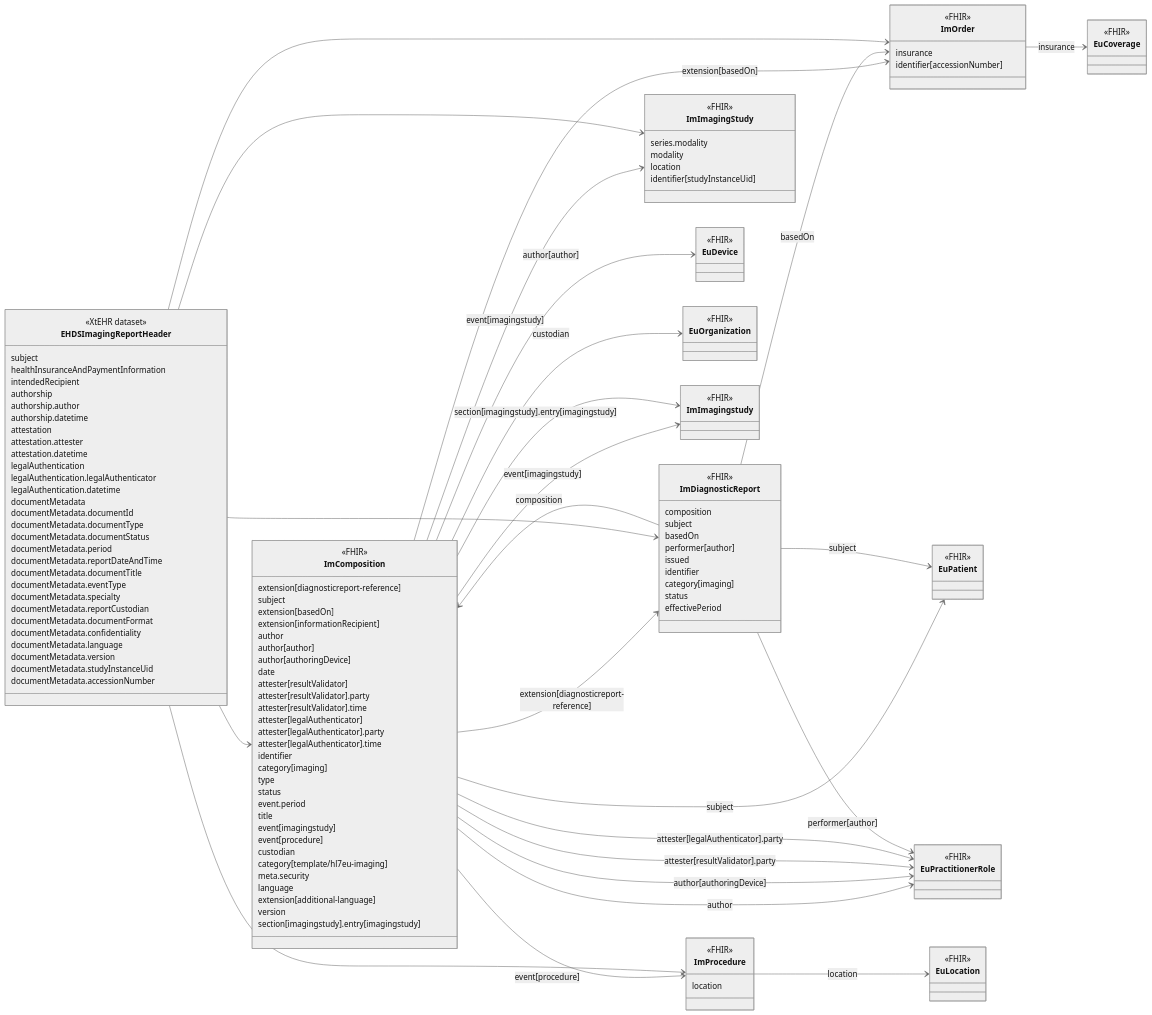
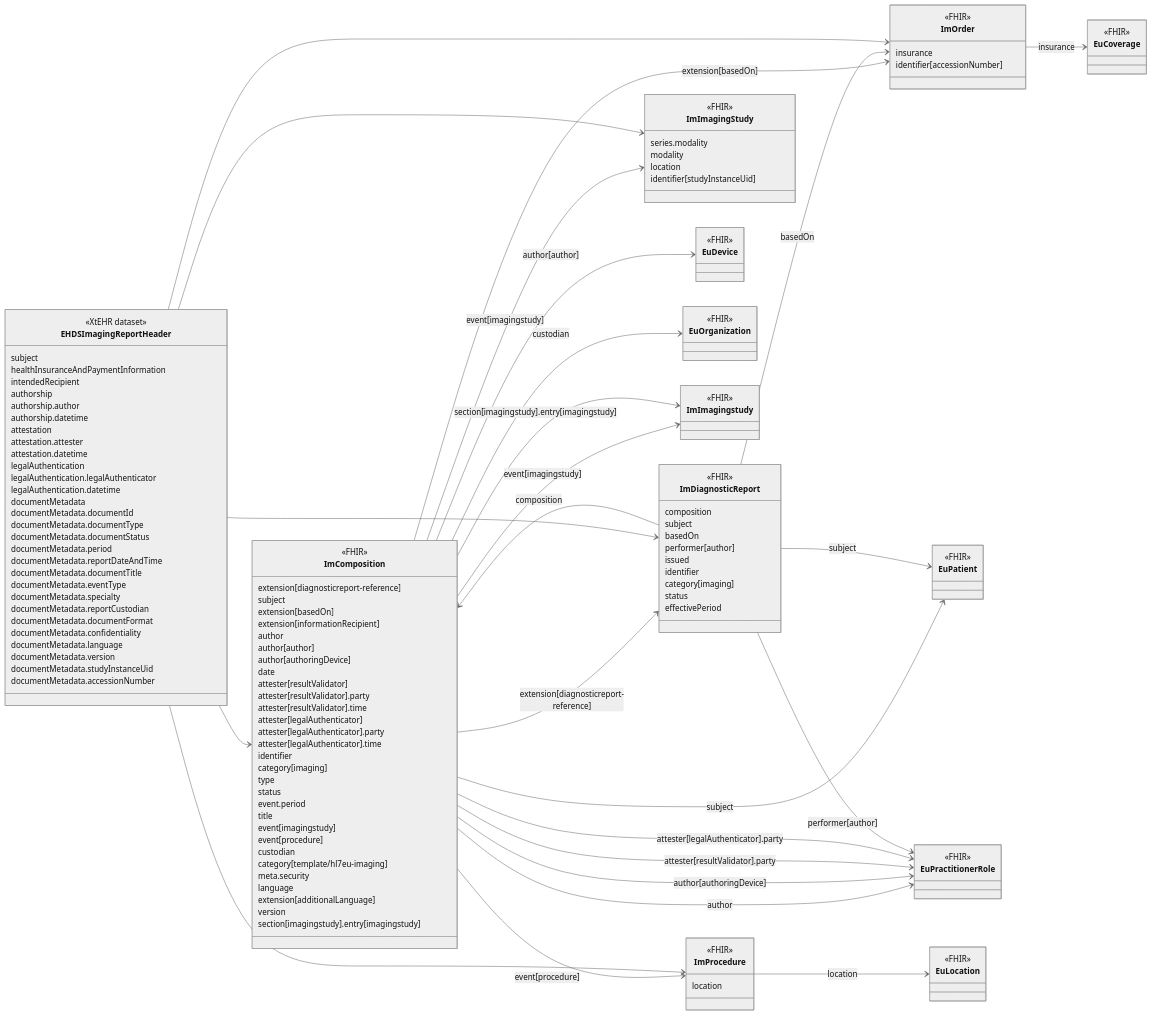
Before and after one commit to oijauregui/ehdsimaging: the diagram in input/intro-notes/ConceptMap-EHDSImagingReportHeaderMap-intro.md, drawn with Mermaid (neutral theme). The commit also changed 9 other files, not shown here.

Commit message:
Added placeholder extension for additionalLanguage

```diff
--- a/input/intro-notes/ConceptMap-EHDSImagingReportHeaderMap-intro.md
+++ b/input/intro-notes/ConceptMap-EHDSImagingReportHeaderMap-intro.md
@@ -65,7 +65,7 @@
   category[template/hl7eu-imaging]
   meta.security
   language
-  extension[additional-language]
+  extension[additionalLanguage]
   version
   section[imagingstudy].entry[imagingstudy]
 }
```
